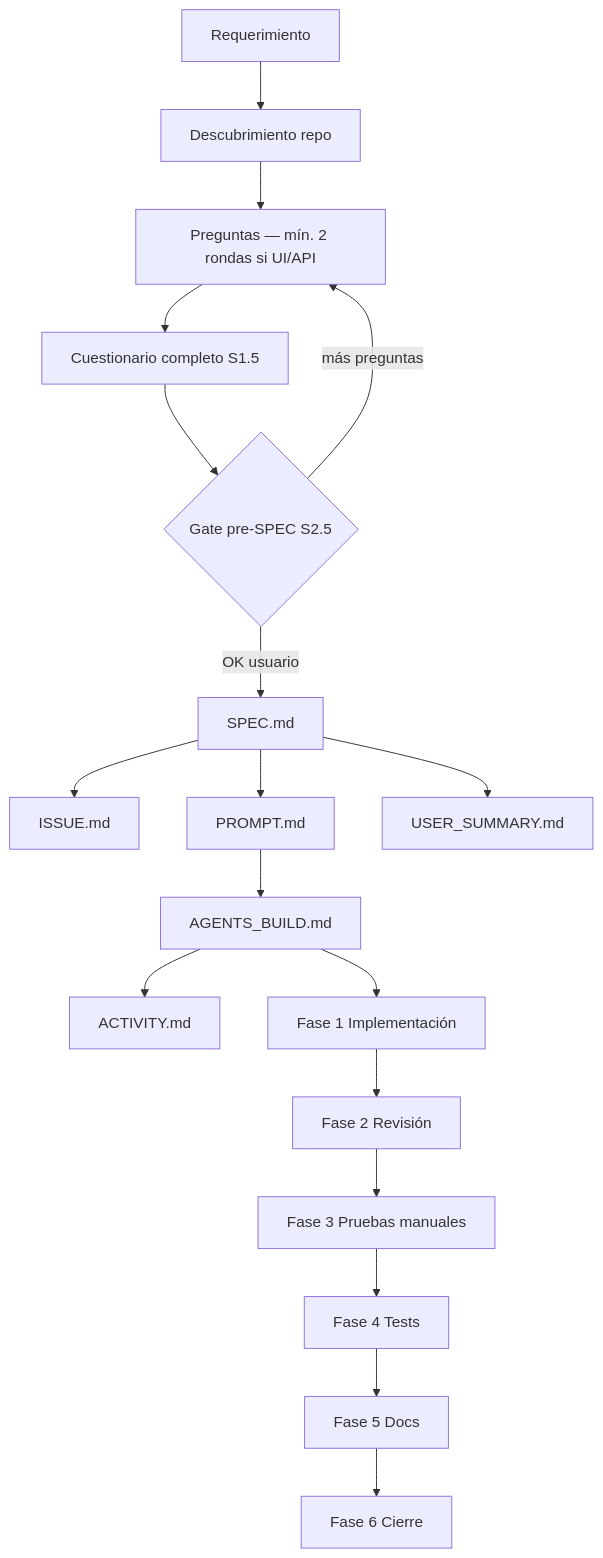
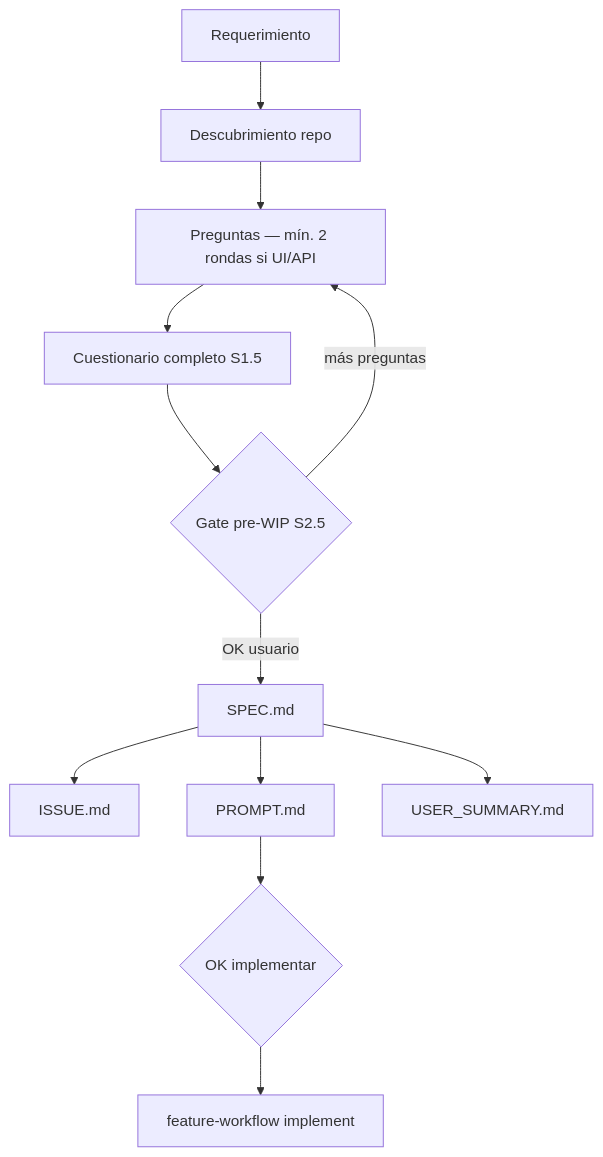
One commit to ccmarin14/agent-roadmap changed the first of 3 diagrams in skills/feature-workflow/WORKFLOW.md. Above: the diagram before and after it, drawn with Mermaid. The commit also changed other lines of this file and 5 other files, not shown here.

Commit message:
chore(skill): Actualización de feature-workflow

````diff
--- a/skills/feature-workflow/WORKFLOW.md
+++ b/skills/feature-workflow/WORKFLOW.md
@@ -302,20 +378,14 @@
 ```mermaid
 flowchart TD
   R[Requerimiento] --> D[Descubrimiento repo]
   D --> Q[Preguntas — mín. 2 rondas si UI/API]
   Q --> CQ[Cuestionario completo S1.5]
-  CQ --> G2{Gate pre-SPEC S2.5}
+  CQ --> G2{Gate pre-WIP S2.5}
   G2 -->|OK usuario| SPEC[SPEC.md]
   G2 -->|más preguntas| Q
   SPEC --> ISSUE[ISSUE.md]
   SPEC --> PROMPT[PROMPT.md]
   SPEC --> USER[USER_SUMMARY.md]
-  PROMPT --> BUILD[AGENTS_BUILD.md]
-  BUILD --> ACT[ACTIVITY.md]
-  BUILD --> F1[Fase 1 Implementación]
-  F1 --> F2[Fase 2 Revisión]
-  F2 --> F3[Fase 3 Pruebas manuales]
-  F3 --> F4[Fase 4 Tests]
-  F4 --> F5[Fase 5 Docs]
-  F5 --> F6[Fase 6 Cierre]
+  PROMPT --> G7{OK implementar}
+  G7 --> IMP[feature-workflow implement]
 ```
````
